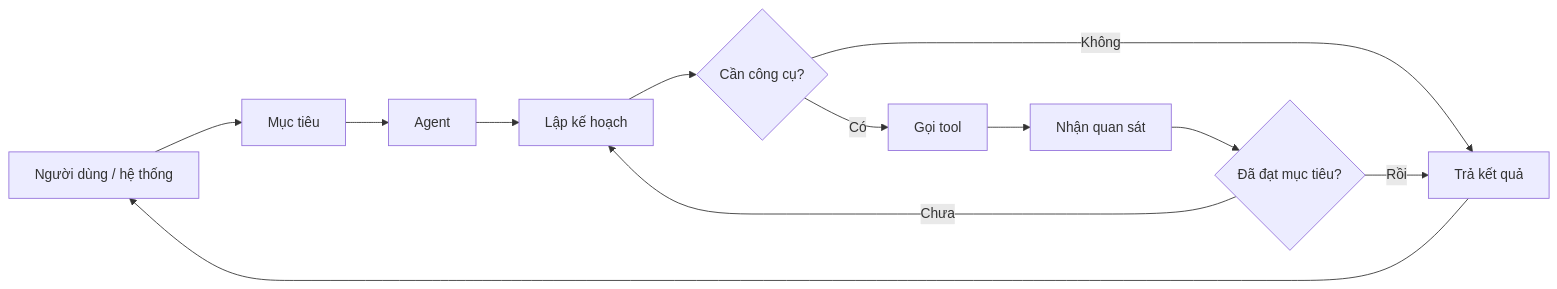
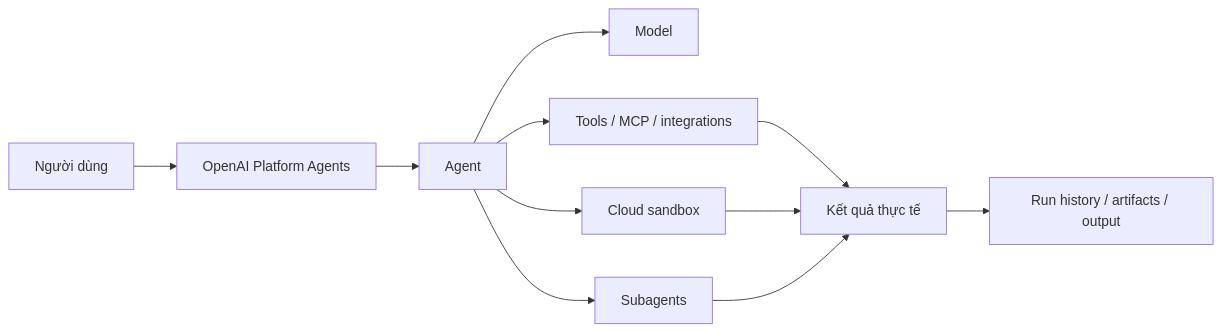
One commit to huynv-xyz/vhm changed the first of 12 diagrams in OPENAI_AGENTS_GUIDE_VI.md. Above: the diagram before and after it, drawn with Mermaid. The commit also changed other lines of this file, not shown here.

````diff
--- a/OPENAI_AGENTS_GUIDE_VI.md
+++ b/OPENAI_AGENTS_GUIDE_VI.md
@@ -23,14 +21,13 @@
 ```mermaid
 flowchart LR
-    U[Người dùng / hệ thống] --> G[Mục tiêu]
-    G --> A[Agent]
-    A --> P[Lập kế hoạch]
-    P --> D{Cần công cụ?}
-    D -- Không --> R[Trả kết quả]
-    D -- Có --> T[Gọi tool]
-    T --> O[Nhận quan sát]
-    O --> C{Đã đạt mục tiêu?}
-    C -- Chưa --> P
-    C -- Rồi --> R
-    R --> U
+    U[Người dùng] --> P[OpenAI Platform Agents]
+    P --> A[Agent]
+    A --> M[Model]
+    A --> T[Tools / MCP / integrations]
+    A --> S[Cloud sandbox]
+    A --> SUB[Subagents]
+    T --> R[Kết quả thực tế]
+    S --> R
+    SUB --> R
+    R --> H[Run history / artifacts / output]
 ```
````
